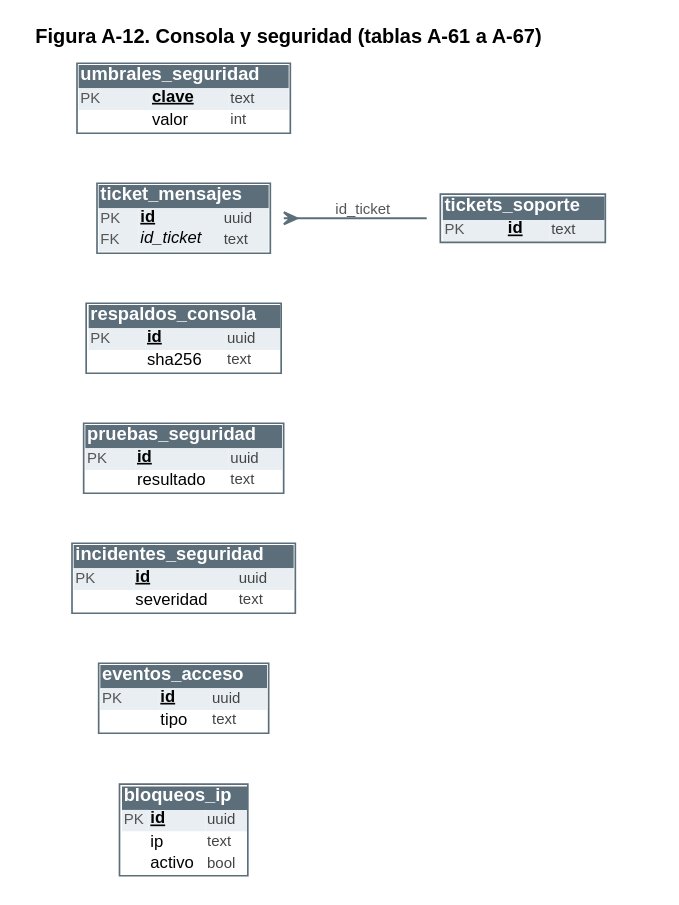
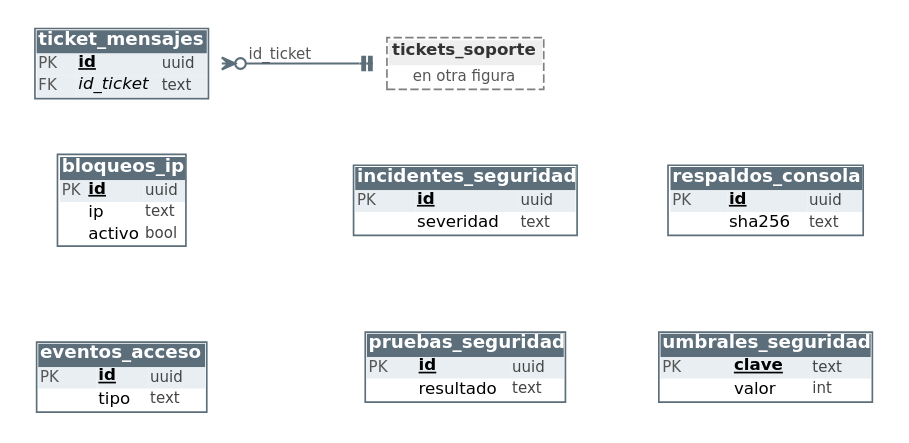
The diagram in MyWorksAppProyect/docs/modelo_er60/figuras/er80_12_consola_seguridad.dot (nicoussj/Proyecto-Titulo-MyWorksApp), drawn with Graphviz before and after one commit. The commit also changed 15 other files, not shown here.

```diff
--- a/MyWorksAppProyect/docs/modelo_er60/figuras/er80_12_consola_seguridad.dot
+++ b/MyWorksAppProyect/docs/modelo_er60/figuras/er80_12_consola_seguridad.dot
@@ -1,14 +1,22 @@
 digraph x {
-graph [fontname="Helvetica", bgcolor="white", pad="0.08", nodesep="0.3", ranksep="0.45", splines="spline", rankdir="LR", labelloc="t", labeljust="l", label=<<font point-size="12"><b>Figura A-12. Consola y seguridad (tablas A-61 a A-67)</b></font>>];
-node [shape=plaintext, fontname="Helvetica"];
-edge [fontname="Helvetica", color="#5B6E7A", penwidth="1.2", arrowsize="0.8", dir="both"];
+graph [fontname="DejaVu Sans", bgcolor="white", pad="0.08", nodesep="0.35", ranksep="0.45", splines="spline", rankdir="LR", labelloc="t", labeljust="l"];
+node [shape=plaintext, fontname="DejaVu Sans"];
+edge [fontname="DejaVu Sans", color="#5B6E7A", penwidth="1.3", arrowsize="0.8", dir="both"];
 "bloqueos_ip" [label=<<table border="1" cellborder="0" cellspacing="0" cellpadding="1" color="#5B6E7A"><tr><td colspan="3" bgcolor="#5B6E7A" align="left"><font color="white" point-size="11"><b>bloqueos_ip</b></font></td></tr><tr><td align="left" bgcolor="#E8EEF2"><font point-size="9" color="#555555">PK</font></td><td align="left" bgcolor="#E8EEF2"><font point-size="10"><b><u>id</u></b></font></td><td align="left" bgcolor="#E8EEF2"><font point-size="9" color="#444444">uuid</font></td></tr><tr><td align="left" bgcolor="white"><font point-size="9" color="#555555"> </font></td><td align="left" bgcolor="white"><font point-size="10">ip</font></td><td align="left" bgcolor="white"><font point-size="9" color="#444444">text</font></td></tr><tr><td align="left" bgcolor="white"><font point-size="9" color="#555555"> </font></td><td align="left" bgcolor="white"><font point-size="10">activo</font></td><td align="left" bgcolor="white"><font point-size="9" color="#444444">bool</font></td></tr></table>>];
 "eventos_acceso" [label=<<table border="1" cellborder="0" cellspacing="0" cellpadding="1" color="#5B6E7A"><tr><td colspan="3" bgcolor="#5B6E7A" align="left"><font color="white" point-size="11"><b>eventos_acceso</b></font></td></tr><tr><td align="left" bgcolor="#E8EEF2"><font point-size="9" color="#555555">PK</font></td><td align="left" bgcolor="#E8EEF2"><font point-size="10"><b><u>id</u></b></font></td><td align="left" bgcolor="#E8EEF2"><font point-size="9" color="#444444">uuid</font></td></tr><tr><td align="left" bgcolor="white"><font point-size="9" color="#555555"> </font></td><td align="left" bgcolor="white"><font point-size="10">tipo</font></td><td align="left" bgcolor="white"><font point-size="9" color="#444444">text</font></td></tr></table>>];
 "incidentes_seguridad" [label=<<table border="1" cellborder="0" cellspacing="0" cellpadding="1" color="#5B6E7A"><tr><td colspan="3" bgcolor="#5B6E7A" align="left"><font color="white" point-size="11"><b>incidentes_seguridad</b></font></td></tr><tr><td align="left" bgcolor="#E8EEF2"><font point-size="9" color="#555555">PK</font></td><td align="left" bgcolor="#E8EEF2"><font point-size="10"><b><u>id</u></b></font></td><td align="left" bgcolor="#E8EEF2"><font point-size="9" color="#444444">uuid</font></td></tr><tr><td align="left" bgcolor="white"><font point-size="9" color="#555555"> </font></td><td align="left" bgcolor="white"><font point-size="10">severidad</font></td><td align="left" bgcolor="white"><font point-size="9" color="#444444">text</font></td></tr></table>>];
 "pruebas_seguridad" [label=<<table border="1" cellborder="0" cellspacing="0" cellpadding="1" color="#5B6E7A"><tr><td colspan="3" bgcolor="#5B6E7A" align="left"><font color="white" point-size="11"><b>pruebas_seguridad</b></font></td></tr><tr><td align="left" bgcolor="#E8EEF2"><font point-size="9" color="#555555">PK</font></td><td align="left" bgcolor="#E8EEF2"><font point-size="10"><b><u>id</u></b></font></td><td align="left" bgcolor="#E8EEF2"><font point-size="9" color="#444444">uuid</font></td></tr><tr><td align="left" bgcolor="white"><font point-size="9" color="#555555"> </font></td><td align="left" bgcolor="white"><font point-size="10">resultado</font></td><td align="left" bgcolor="white"><font point-size="9" color="#444444">text</font></td></tr></table>>];
 "respaldos_consola" [label=<<table border="1" cellborder="0" cellspacing="0" cellpadding="1" color="#5B6E7A"><tr><td colspan="3" bgcolor="#5B6E7A" align="left"><font color="white" point-size="11"><b>respaldos_consola</b></font></td></tr><tr><td align="left" bgcolor="#E8EEF2"><font point-size="9" color="#555555">PK</font></td><td align="left" bgcolor="#E8EEF2"><font point-size="10"><b><u>id</u></b></font></td><td align="left" bgcolor="#E8EEF2"><font point-size="9" color="#444444">uuid</font></td></tr><tr><td align="left" bgcolor="white"><font point-size="9" color="#555555"> </font></td><td align="left" bgcolor="white"><font point-size="10">sha256</font></td><td align="left" bgcolor="white"><font point-size="9" color="#444444">text</font></td></tr></table>>];
 "ticket_mensajes" [label=<<table border="1" cellborder="0" cellspacing="0" cellpadding="1" color="#5B6E7A"><tr><td colspan="3" bgcolor="#5B6E7A" align="left"><font color="white" point-size="11"><b>ticket_mensajes</b></font></td></tr><tr><td align="left" bgcolor="#E8EEF2"><font point-size="9" color="#555555">PK</font></td><td align="left" bgcolor="#E8EEF2"><font point-size="10"><b><u>id</u></b></font></td><td align="left" bgcolor="#E8EEF2"><font point-size="9" color="#444444">uuid</font></td></tr><tr><td align="left" bgcolor="#E8EEF2"><font point-size="9" color="#555555">FK</font></td><td align="left" bgcolor="#E8EEF2"><font point-size="10"><i>id_ticket</i></font></td><td align="left" bgcolor="#E8EEF2"><font point-size="9" color="#444444">text</font></td></tr></table>>];
 "umbrales_seguridad" [label=<<table border="1" cellborder="0" cellspacing="0" cellpadding="1" color="#5B6E7A"><tr><td colspan="3" bgcolor="#5B6E7A" align="left"><font color="white" point-size="11"><b>umbrales_seguridad</b></font></td></tr><tr><td align="left" bgcolor="#E8EEF2"><font point-size="9" color="#555555">PK</font></td><td align="left" bgcolor="#E8EEF2"><font point-size="10"><b><u>clave</u></b></font></td><td align="left" bgcolor="#E8EEF2"><font point-size="9" color="#444444">text</font></td></tr><tr><td align="left" bgcolor="white"><font point-size="9" color="#555555"> </font></td><td align="left" bgcolor="white"><font point-size="10">valor</font></td><td align="left" bgcolor="white"><font point-size="9" color="#444444">int</font></td></tr></table>>];
-"tickets_soporte" [label=<<table border="1" cellborder="0" cellspacing="0" cellpadding="1" color="#5B6E7A"><tr><td colspan="3" bgcolor="#5B6E7A" align="left"><font color="white" point-size="11"><b>tickets_soporte</b></font></td></tr><tr><td align="left" bgcolor="#E8EEF2"><font point-size="9" color="#555555">PK</font></td><td align="left" bgcolor="#E8EEF2"><font point-size="10"><b><u>id</u></b></font></td><td align="left" bgcolor="#E8EEF2"><font point-size="9" color="#444444">text</font></td></tr></table>>];
-"ticket_mensajes" -> "tickets_soporte" [arrowtail="crow", arrowhead="none", label=<<font point-size="9" color="#555555">id_ticket</font>>];
+"tickets_soporte" [label=<<table border="1" cellborder="0" cellspacing="0" cellpadding="2" color="#7F7F7F" style="dashed"><tr><td bgcolor="#EFEFEF"><font point-size="10" color="#333333"><b>tickets_soporte</b></font></td></tr><tr><td><font point-size="9" color="#555555">en otra figura</font></td></tr></table>>];
+"ticket_mensajes" -> "tickets_soporte" [arrowtail="crowodot", arrowhead="teetee", label=<<font point-size="9" color="#555555">id_ticket</font>>];
+{ rank=same; "bloqueos_ip" "eventos_acceso" }
+"bloqueos_ip" -> "eventos_acceso" [style="invis", dir="none"];
+{ rank=same; "incidentes_seguridad" "pruebas_seguridad" }
+"incidentes_seguridad" -> "pruebas_seguridad" [style="invis", dir="none"];
+{ rank=same; "respaldos_consola" "umbrales_seguridad" }
+"respaldos_consola" -> "umbrales_seguridad" [style="invis", dir="none"];
+"bloqueos_ip" -> "incidentes_seguridad" [style="invis", dir="none", weight="10"];
+"incidentes_seguridad" -> "respaldos_consola" [style="invis", dir="none", weight="10"];
 }
```
